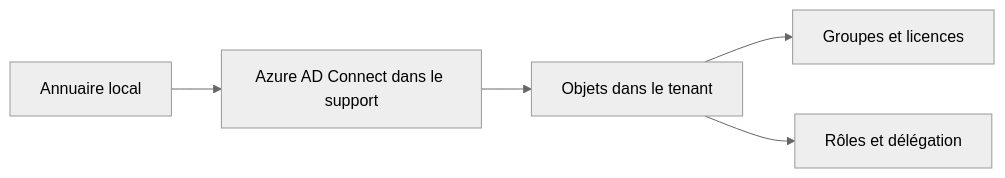
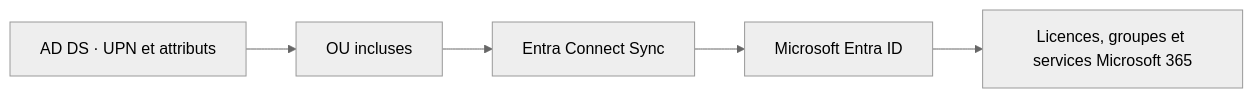
One commit to sk34pk25/tssr-cours changed the diagram in docs/modules/14-messagerie-cloud/module-02.md. Above: the diagram before and after it, drawn with Mermaid (neutral theme). The commit also changed other lines of this file and 646 other files, not shown here.

````diff
--- a/docs/modules/14-messagerie-cloud/module-02.md
+++ b/docs/modules/14-messagerie-cloud/module-02.md
@@ -39,7 +34,7 @@
-```mermaid
+~~~mermaid
 flowchart LR
-  A[Annuaire local] --> B[Azure AD Connect dans le support]
-  B --> C[Objets dans le tenant]
-  C --> D[Groupes et licences]
-  C --> E[Rôles et délégation]
-```
+    A["AD DS · UPN et attributs"] --> O["OU incluses"]
+    O --> C["Entra Connect Sync"]
+    C --> E["Microsoft Entra ID"]
+    E --> X["Licences, groupes et services Microsoft 365"]
+~~~
````
